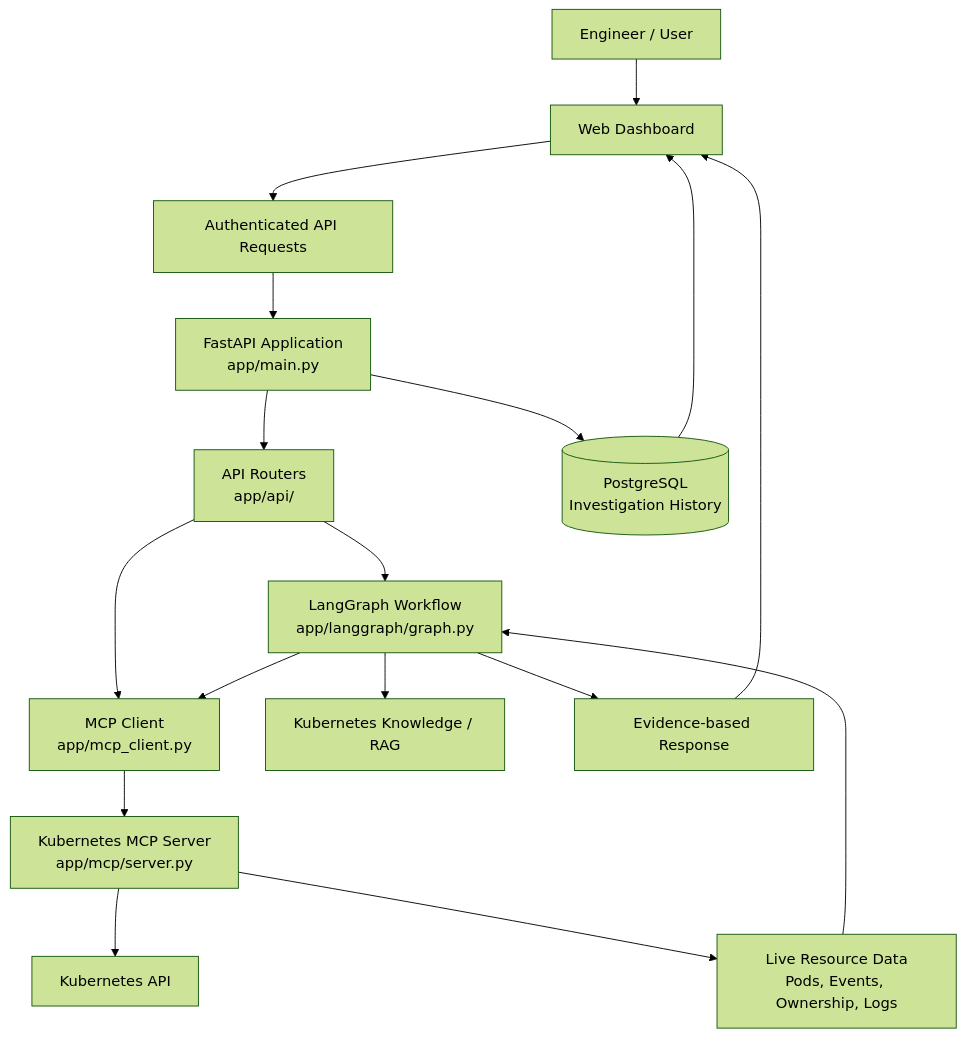
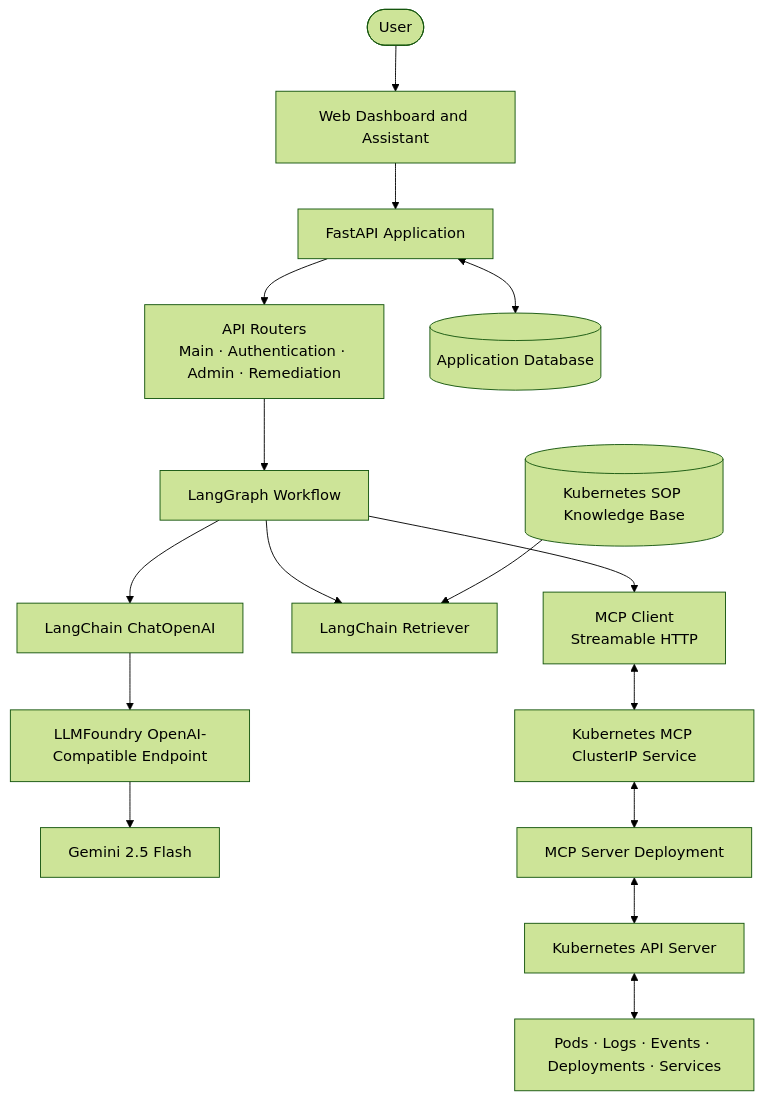
The first of 4 diagrams in README.md (Hearsch-devops/Kube-InsightAI-Agentv2), drawn with Mermaid (forest theme) before and after one commit. The commit also changed other lines of this file, not shown here.

Commit message:
docs: add Mermaid diagram preview instructions to README

````diff
--- a/README.md
+++ b/README.md
@@ -89,19 +118,40 @@
 ``` mermaid
 flowchart TB
-    U[Engineer / User] --> UI[Web Dashboard]
-    UI --> AUTH[Authenticated API Requests]
-    AUTH --> API[FastAPI Application<br/>app/main.py]
-    API --> ROUTES[API Routers<br/>app/api/]
-    ROUTES --> GRAPH[LangGraph Workflow<br/>app/langgraph/graph.py]
-    ROUTES --> CLIENT[MCP Client<br/>app/mcp_client.py]
-    GRAPH --> CLIENT
-    CLIENT --> MCP[Kubernetes MCP Server<br/>app/mcp/server.py]
-    MCP --> K8S[Kubernetes API]
-    GRAPH --> RAG[Kubernetes Knowledge / RAG]
-    API --> DB[(PostgreSQL<br/>Investigation History)]
-    MCP --> RESULTS[Live Resource Data<br/>Pods, Events, Ownership, Logs]
-    RESULTS --> GRAPH
-    GRAPH --> ANSWER[Evidence-based Response]
-    ANSWER --> UI
-    DB --> UI
+    USER([User])
+    UI[Web Dashboard and Assistant]
+    API[FastAPI Application]
+    ROUTES[API Routers<br/>Main · Authentication · Admin · Remediation]
+    GRAPH[LangGraph Workflow]
+
+    LLM[LangChain ChatOpenAI]
+    FOUNDRY[LLMFoundry OpenAI-Compatible Endpoint]
+    GEMINI[Gemini 2.5 Flash]
+
+    RETRIEVER[LangChain Retriever]
+    SOP[(Kubernetes SOP Knowledge Base)]
+
+    MCPCLIENT[MCP Client<br/>Streamable HTTP]
+    SERVICE[Kubernetes MCP ClusterIP Service]
+    MCP[MCP Server Deployment]
+    K8SAPI[Kubernetes API Server]
+    RESOURCES[Pods · Logs · Events · Deployments · Services]
+
+    DB[(Application Database)]
+
+    USER --> UI --> API
+    API --> ROUTES
+    ROUTES --> GRAPH
+    API <--> DB
+
+    GRAPH --> LLM
+    LLM --> FOUNDRY --> GEMINI
+
+    GRAPH --> RETRIEVER
+    SOP --> RETRIEVER
+
+    GRAPH --> MCPCLIENT
+    MCPCLIENT <--> SERVICE
+    SERVICE <--> MCP
+    MCP <--> K8SAPI
+    K8SAPI <--> RESOURCES
 ```
````
